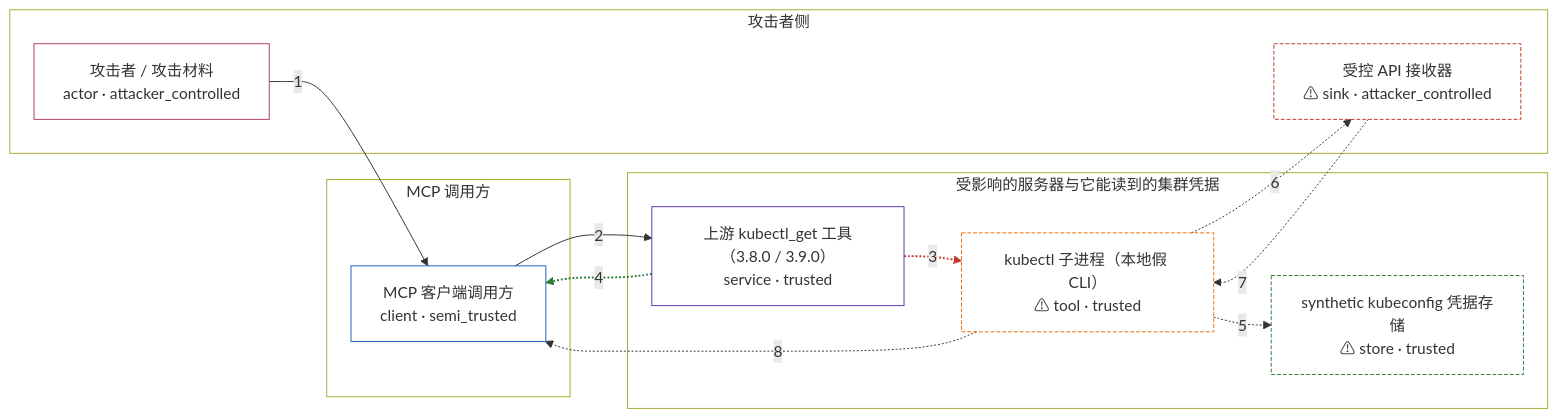
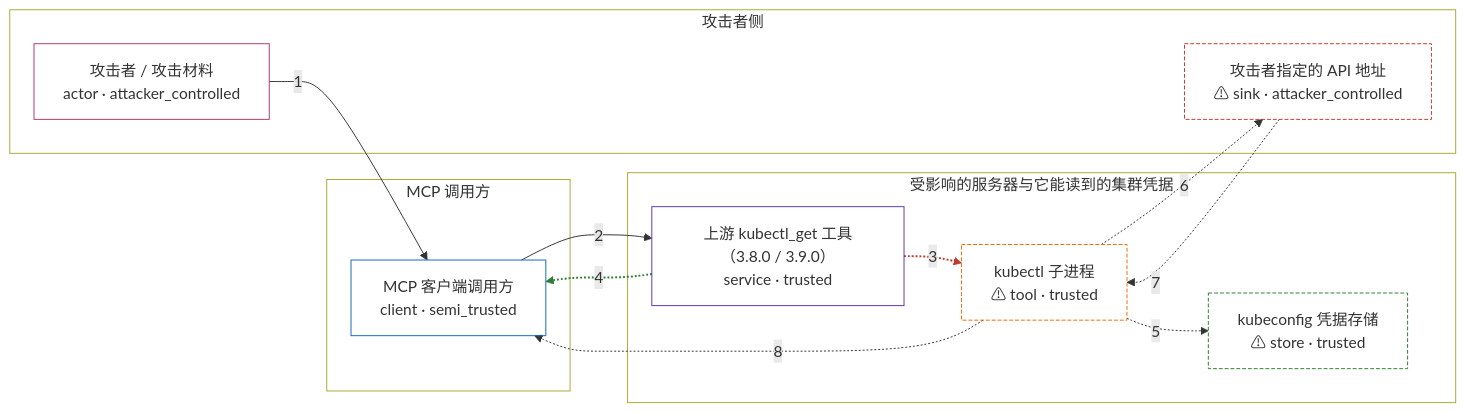
Before and after one commit to aicensus-labs/agent-vulhub: the second of 2 diagrams in environments/mcp-server-kubernetes/CVE-2026-61459/README.zh-cn.md, drawn with Mermaid. The commit also changed other lines of this file and 13 other files, not shown here.

````diff
--- a/environments/mcp-server-kubernetes/CVE-2026-61459/README.zh-cn.md
+++ b/environments/mcp-server-kubernetes/CVE-2026-61459/README.zh-cn.md
@@ -58,45 +58,45 @@
 ```mermaid
 %% mcp-server-kubernetes kubectl 参数注入外泄集群凭据 — generated from diagram.toml
 flowchart LR
   subgraph attacker_side["攻击者侧"]
     attacker["攻击者 / 攻击材料<br/>actor · attacker_controlled"]
-    api_receiver["受控 API 接收器<br/>⚠ sink · attacker_controlled"]
+    attacker_api["攻击者指定的 API 地址<br/>⚠ sink · attacker_controlled"]
   end
   subgraph mcp_caller["MCP 调用方"]
     mcp_client["MCP 客户端调用方<br/>client · semi_trusted"]
   end
   subgraph trusted_side["受影响的服务器与它能读到的集群凭据"]
     kubectl_get_tool["上游 kubectl_get 工具（3.8.0 / 3.9.0）<br/>service · trusted"]
-    kubectl_cli["kubectl 子进程（本地假 CLI）<br/>⚠ tool · trusted"]
-    kubeconfig["synthetic kubeconfig 凭据存储<br/>⚠ store · trusted"]
+    kubectl_cli["kubectl 子进程<br/>⚠ tool · trusted"]
+    kubeconfig["kubeconfig 凭据存储<br/>⚠ store · trusted"]
   end
   attacker -->|"1"| mcp_client
   mcp_client -->|"2"| kubectl_get_tool
   kubectl_get_tool -.->|"3"| kubectl_cli
   kubectl_get_tool -.->|"4"| mcp_client
   kubectl_cli -.->|"5"| kubeconfig
-  kubectl_cli -.->|"6"| api_receiver
-  api_receiver -.->|"7"| kubectl_cli
+  kubectl_cli -.->|"6"| attacker_api
+  attacker_api -.->|"7"| kubectl_cli
   kubectl_cli -.->|"8"| mcp_client
   classDef actor fill:transparent,stroke:#b03a6a
   classDef client fill:transparent,stroke:#1565c0
   classDef service fill:transparent,stroke:#5e35b1
   classDef tool fill:transparent,stroke:#ef6c00
   classDef sink fill:transparent,stroke:#c0392b
   classDef store fill:transparent,stroke:#2e7d32
   classDef synthetic stroke-dasharray: 4 2
   class attacker actor
   class mcp_client client
   class kubectl_get_tool service
   class kubectl_cli tool
   class kubectl_cli synthetic
   class kubeconfig store
   class kubeconfig synthetic
-  class api_receiver sink
-  class api_receiver synthetic
+  class attacker_api sink
+  class attacker_api synthetic
   style attacker_side fill:transparent
   style mcp_caller fill:transparent
   style trusted_side fill:transparent
   linkStyle 2 stroke:#c0392b,stroke-width:2px
   linkStyle 3 stroke:#2e7d32,stroke-width:2px
 ```
````
